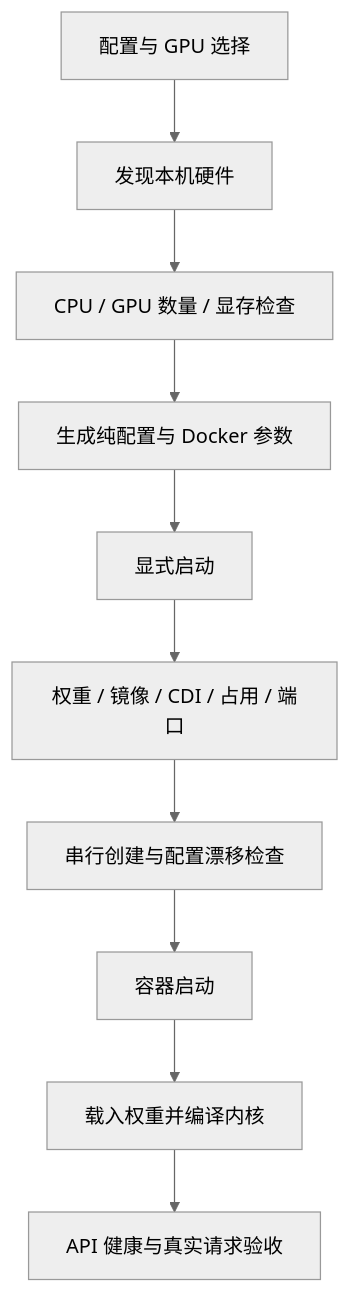
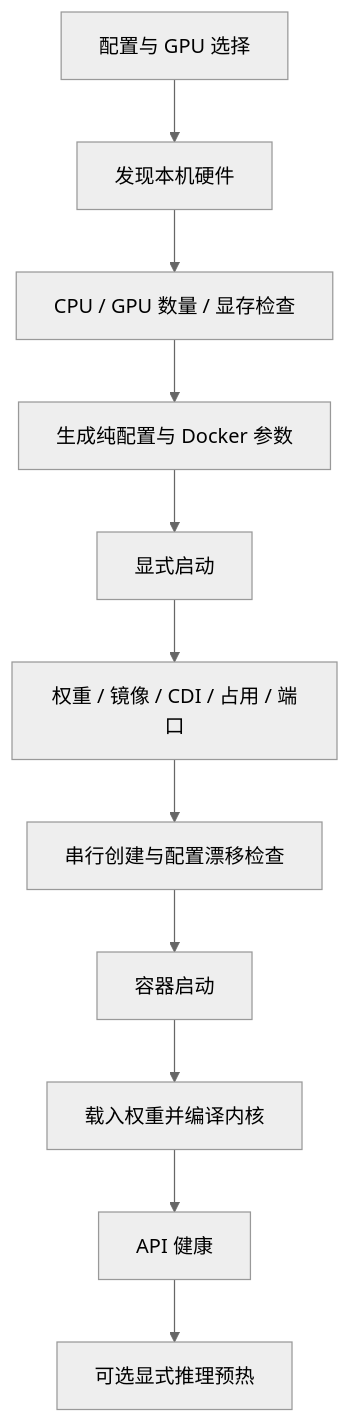
Before and after one commit to junli-nv/local-ai: the diagram in docs/architecture.md, drawn with Mermaid (neutral theme). The commit also changed other lines of this file and 22 other files, not shown here.

````diff
--- a/docs/architecture.md
+++ b/docs/architecture.md
@@ -37,12 +38,13 @@
 ```mermaid
 flowchart TD
     Inputs[配置与 GPU 选择] --> Inventory[发现本机硬件]
     Inventory --> Policy[CPU / GPU 数量 / 显存检查]
     Policy --> Plan[生成纯配置与 Docker 参数]
     Plan --> Start[显式启动]
     Start --> Checks[权重 / 镜像 / CDI / 占用 / 端口]
     Checks --> Lock[串行创建与配置漂移检查]
     Lock --> Container[容器启动]
     Container --> Warm[载入权重并编译内核]
-    Warm --> Ready[API 健康与真实请求验收]
+    Warm --> Ready[API 健康]
+    Ready --> Opt[可选显式推理预热]
 ```
````
